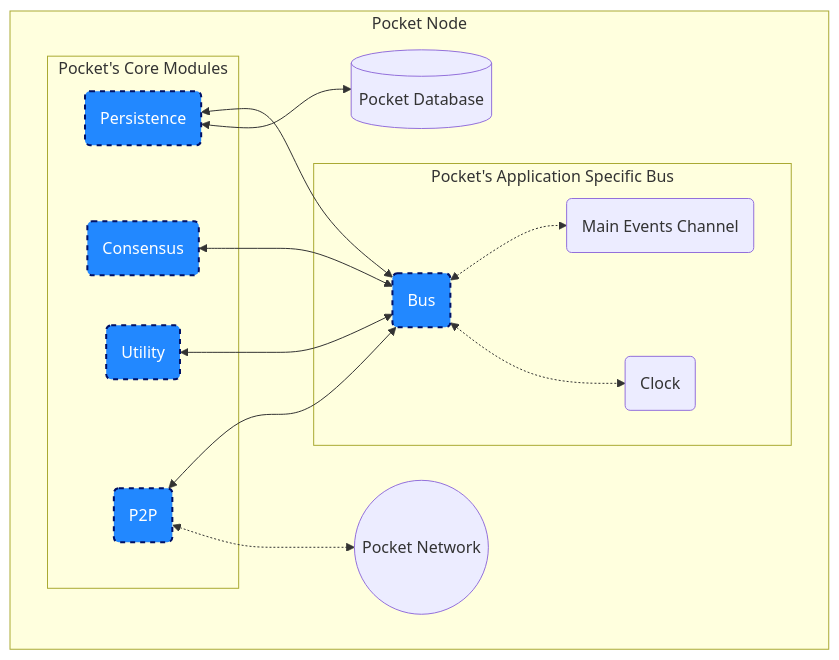
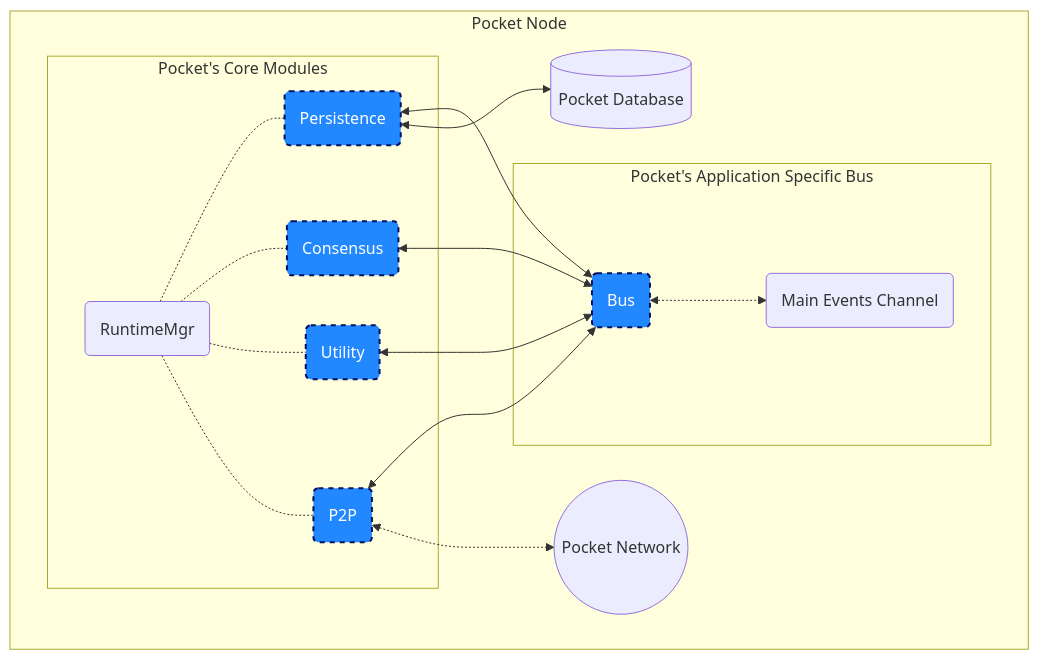
One commit to pokt-network/pocket changed the diagram in shared/README.md. Above: the diagram before and after it, drawn with Mermaid. The commit also changed other lines of this file and 7 other files, not shown here.

````diff
--- a/shared/README.md
+++ b/shared/README.md
@@ -51,28 +52,28 @@
 ```mermaid
 flowchart TD
     subgraph Pocket Node
         subgraph Pocket's Application Specific Bus
             B("Bus")
             E("Main Events Channel")
-            Clock("Clock")
             B <-.-> E
-            B <-.-> Clock
         end
         subgraph Pocket's Core Modules
+            RMGR(RuntimeMgr)
+            RMGR .-
             P(Persistence) & C(Consensus) & U(Utility) & P2P(P2P)
         end
         P <--> B
         C <--> B
         U <--> B
         P2P <--> B
         P <--> db
         P2P <-.-> N((Pocket Network))
         db[(Pocket Database)]
     end
 
     click P callback "Tooltip for a callback"
     click P call callback() "Tooltip for a callback"
 
     classDef module fill:#28f,stroke:#016,stroke-width:2px,color:#fff,stroke-dasharray: 5 5
     class P,C,U,P2P,B module
 ```
````
